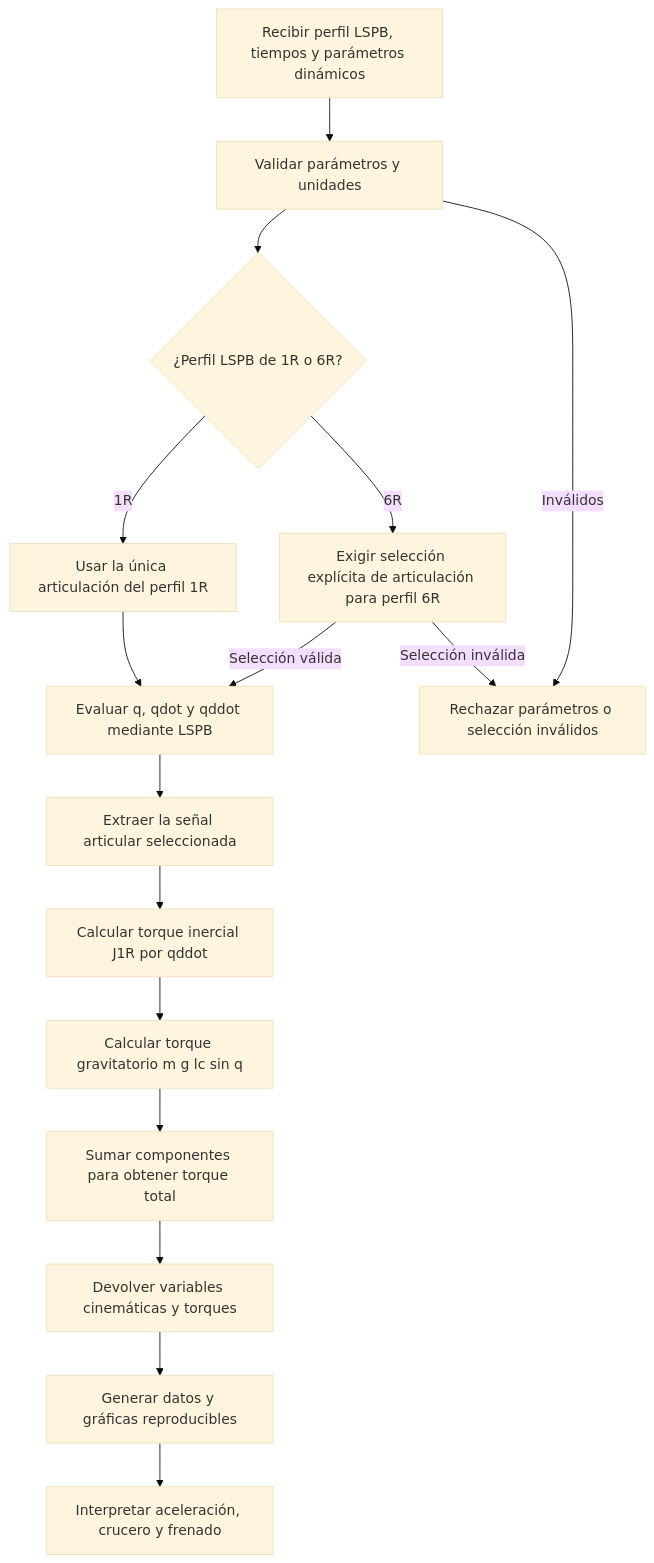
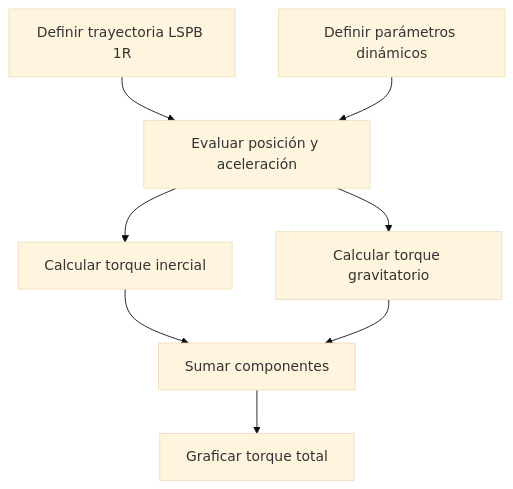
One commit to mario-nina/planificacion-UCB changed the eighth of 8 diagrams in 2-2026/IMT342/equipo/hitos/hito2/docs/diagramas_flujo.md. Above: the diagram before and after it, drawn with Mermaid (base theme). The commit also changed other lines of this file and 6 other files, not shown here.

````diff
--- a/2-2026/IMT342/equipo/hitos/hito2/docs/diagramas_flujo.md
+++ b/2-2026/IMT342/equipo/hitos/hito2/docs/diagramas_flujo.md
@@ -651,25 +305,18 @@
 ```mermaid
 flowchart TD
-    A["Recibir perfil LSPB, tiempos y parámetros dinámicos"]
-    B["Validar parámetros y unidades"]
-    C{"¿Perfil LSPB de 1R o 6R?"}
-    D["Usar la única articulación del perfil 1R"]
-    E["Exigir selección explícita de articulación para perfil 6R"]
-    F["Evaluar q, qdot y qddot mediante LSPB"]
-    G["Extraer la señal articular seleccionada"]
-    H["Calcular torque inercial J1R por qddot"]
-    I["Calcular torque gravitatorio m g lc sin q"]
-    J["Sumar componentes para obtener torque total"]
-    K["Devolver variables cinemáticas y torques"]
-    L["Generar datos y gráficas reproducibles"]
-    M["Interpretar aceleración, crucero y frenado"]
-    X["Rechazar parámetros o selección inválidos"]
+    A["Definir trayectoria LSPB 1R"]
+    B["Definir parámetros dinámicos"]
+    C["Evaluar posición y aceleración"]
+    D["Calcular torque inercial"]
+    E["Calcular torque gravitatorio"]
+    F["Sumar componentes"]
+    G["Graficar torque total"]
 
-    A --> B --> C
-    B -->|Inválidos| X
-    C -->|1R| D --> F
-    C -->|6R| E
-    E -->|Selección válida| F
-    E -->|Selección inválida| X
-    F --> G --> H --> I --> J --> K --> L --> M
+    A --> C
+    B --> C
+    C --> D
+    C --> E
+    D --> F
+    E --> F
+    F --> G
 ```
````
